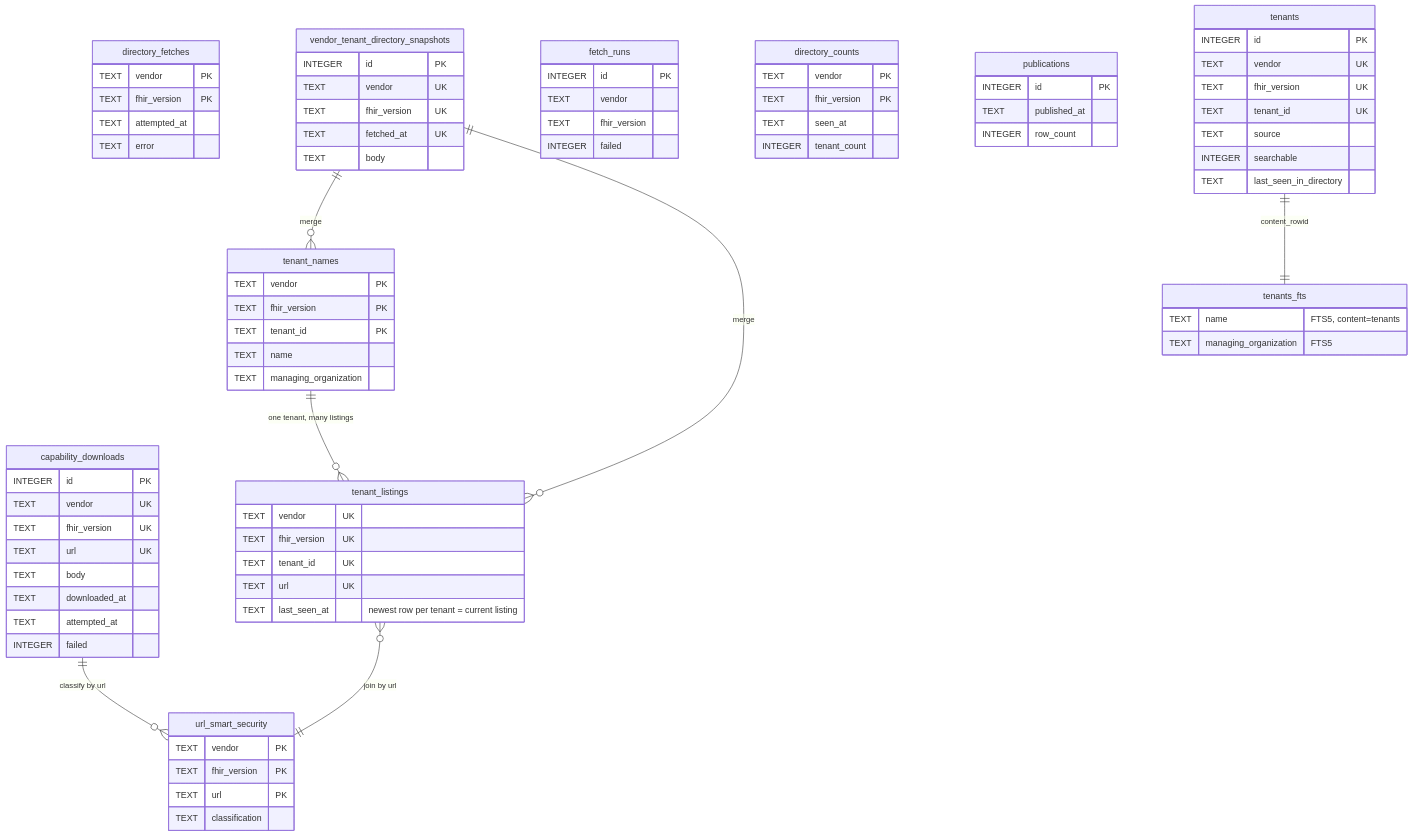
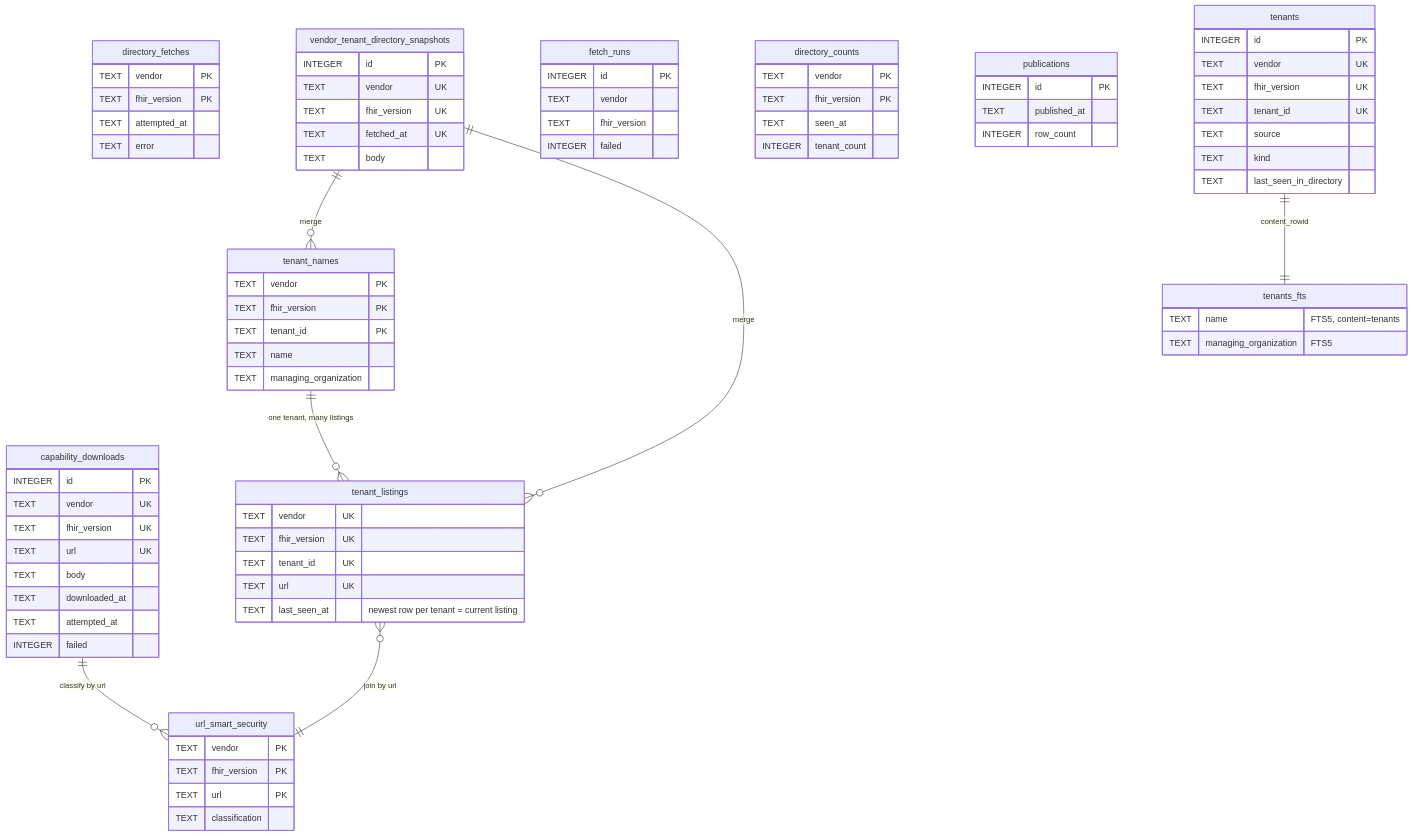
Before and after one commit to cfu288/mere-medical: the first of 2 diagrams in libs/emr-pipeline/README.md, drawn with Mermaid. The commit also changed other lines of this file and 1 other file, not shown here.

First line of the commit message:
docs(emr-pipeline): trim the readme and point the sql folder at the artifact schema (#405)

```diff
--- a/libs/emr-pipeline/README.md
+++ b/libs/emr-pipeline/README.md
@@ -170,7 +163,7 @@
     TEXT fhir_version UK
     TEXT tenant_id UK
     TEXT source
-    INTEGER searchable
+    TEXT kind
     TEXT last_seen_in_directory
   }
   tenants_fts {
```
